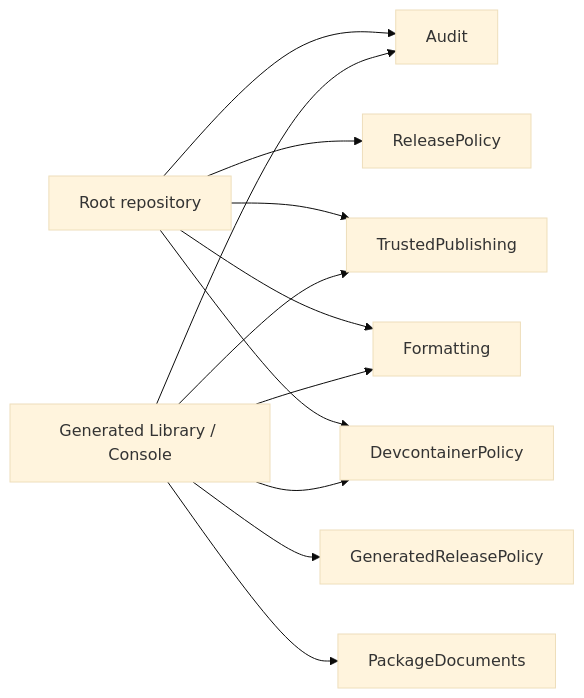
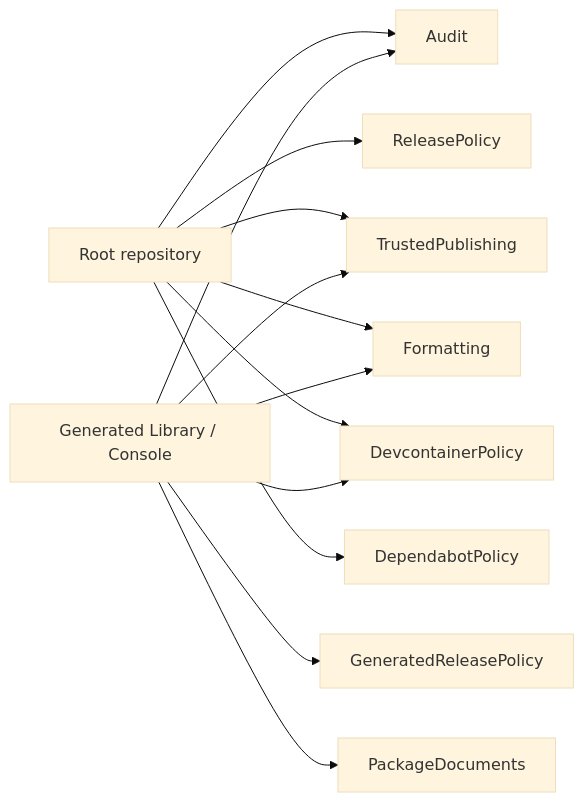
One commit to TheAngryByrd/MiniScaffold changed the diagram in lode/tests/policy-tests.md. Above: the diagram before and after it, drawn with Mermaid (base theme). The commit also changed other lines of this file and 19 other files, not shown here.

````diff
--- a/lode/tests/policy-tests.md
+++ b/lode/tests/policy-tests.md
@@ -6,14 +6,15 @@
 ```mermaid
 flowchart LR
     Root["Root repository"] --> Audit
     Root --> Release["ReleasePolicy"]
     Root --> Trusted["TrustedPublishing"]
     Root --> Format["Formatting"]
     Root --> Devcontainer["DevcontainerPolicy"]
+    Root --> Dependabot["DependabotPolicy"]
     Gen["Generated Library / Console"] --> Audit
     Gen --> GenRelease["GeneratedReleasePolicy"]
     Gen --> Trusted
     Gen --> Format
     Gen --> PkgDocs["PackageDocuments"]
     Gen --> Devcontainer
 ```
````
